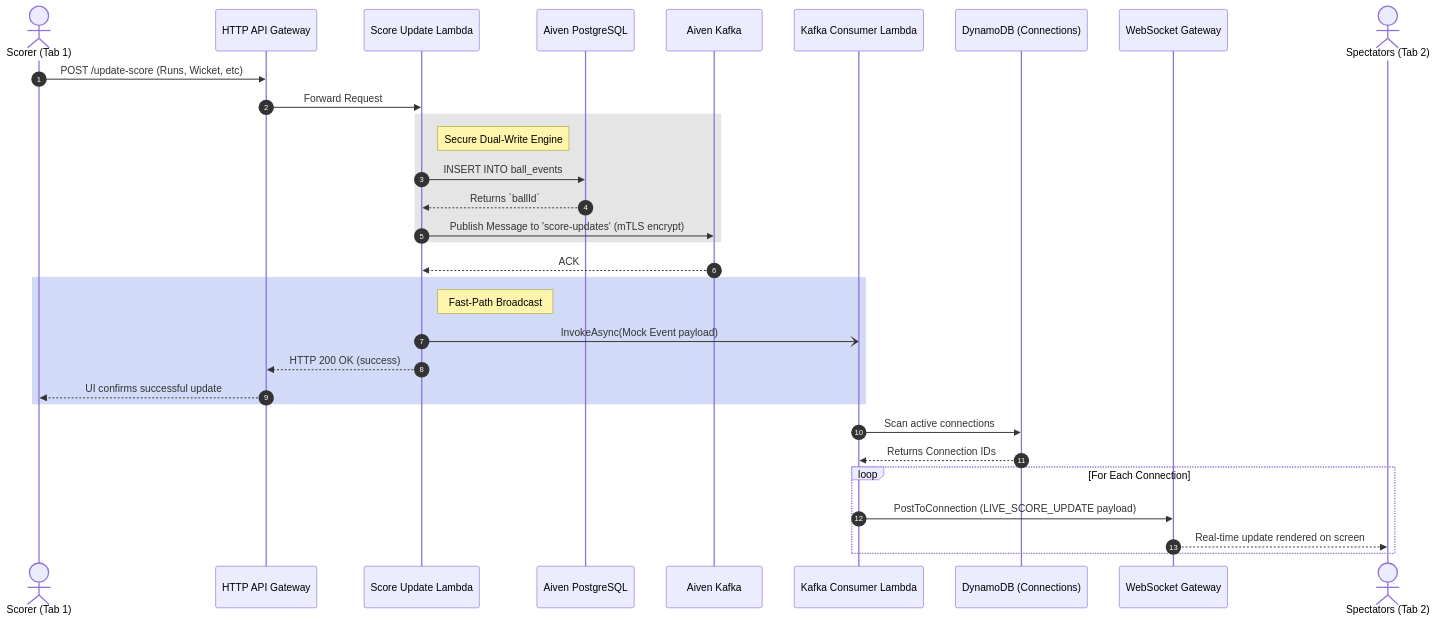
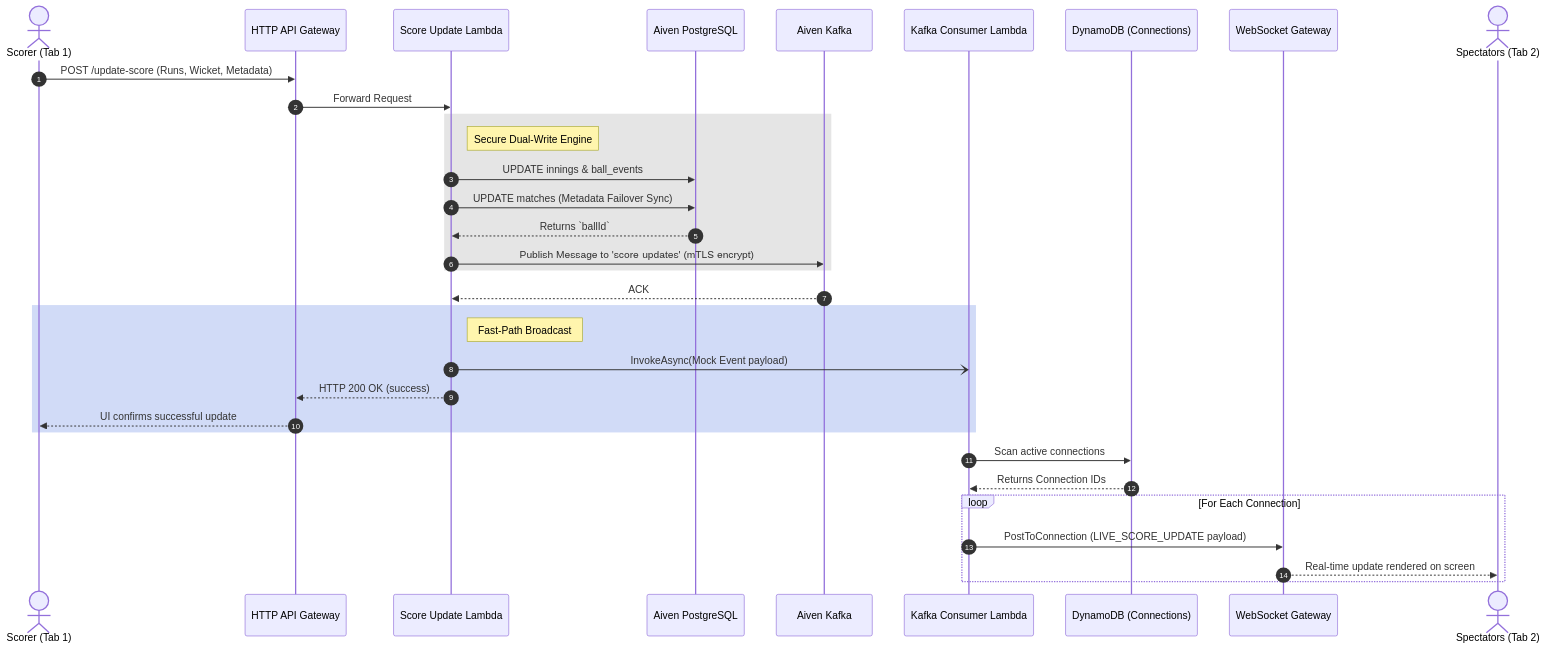
One commit to venkatesh-singamsetty/cric-score changed the first of 3 diagrams in docs/architecture_diagrams.md. Above: the diagram before and after it, drawn with Mermaid. The commit also changed other lines of this file, not shown here.

Commit message:
docs: add overs sync flow to architecture diagrams

````diff
--- a/docs/architecture_diagrams.md
+++ b/docs/architecture_diagrams.md
@@ -8,41 +8,42 @@
 ```mermaid
 sequenceDiagram
     autonumber
     
     actor Scorer as Scorer (Tab 1)
     participant APIGW_HTTP as HTTP API Gateway
     participant Lambda_Score as Score Update Lambda
     participant Aiven_PG as Aiven PostgreSQL
     participant Aiven_Kafka as Aiven Kafka
     participant Lambda_Broadcast as Kafka Consumer Lambda
     participant DDB as DynamoDB (Connections)
     participant APIGW_WS as WebSocket Gateway
     actor Spectator as Spectators (Tab 2)
 
-    Scorer->>APIGW_HTTP: POST /update-score (Runs, Wicket, etc)
+    Scorer->>APIGW_HTTP: POST /update-score (Runs, Wicket, Metadata)
     APIGW_HTTP->>Lambda_Score: Forward Request
     
     rect rgb(0, 0, 0, 0.1)
         Note right of Lambda_Score: Secure Dual-Write Engine
-        Lambda_Score->>Aiven_PG: INSERT INTO ball_events
+        Lambda_Score->>Aiven_PG: UPDATE innings & ball_events
+        Lambda_Score->>Aiven_PG: UPDATE matches (Metadata Failover Sync)
         Aiven_PG-->>Lambda_Score: Returns `ballId`
         Lambda_Score->>Aiven_Kafka: Publish Message to 'score-updates' (mTLS encrypt)
     end
     
     Aiven_Kafka-->>Lambda_Score: ACK
     
     rect rgb(29, 78, 216, 0.2)
         Note right of Lambda_Score: Fast-Path Broadcast
         Lambda_Score-)Lambda_Broadcast: InvokeAsync(Mock Event payload)
         Lambda_Score-->>APIGW_HTTP: HTTP 200 OK (success)
         APIGW_HTTP-->>Scorer: UI confirms successful update
     end
     
     Lambda_Broadcast->>DDB: Scan active connections
     DDB-->>Lambda_Broadcast: Returns Connection IDs
     
     loop For Each Connection
         Lambda_Broadcast->>APIGW_WS: PostToConnection (LIVE_SCORE_UPDATE payload)
         APIGW_WS-->>Spectator: Real-time update rendered on screen
     end
 ```
````
